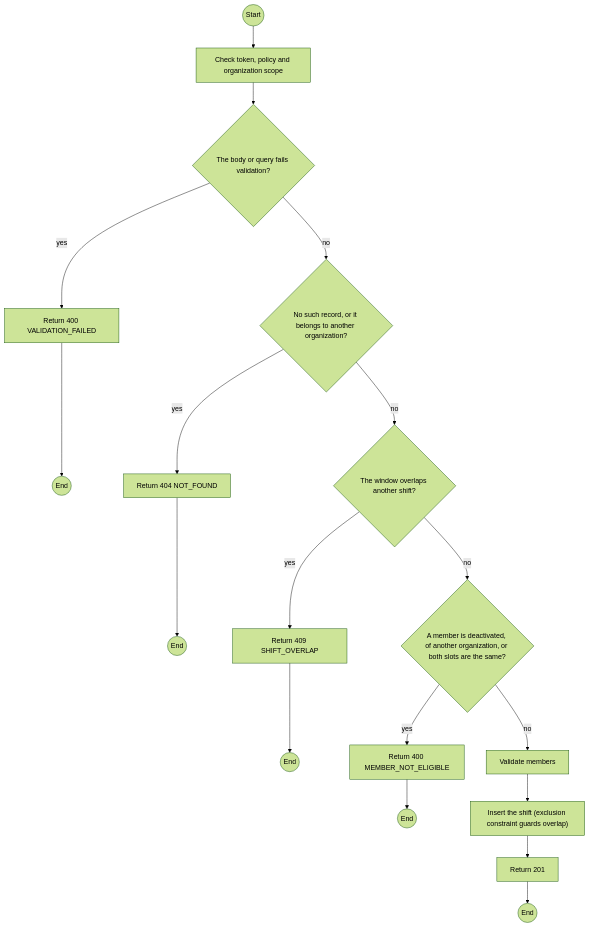
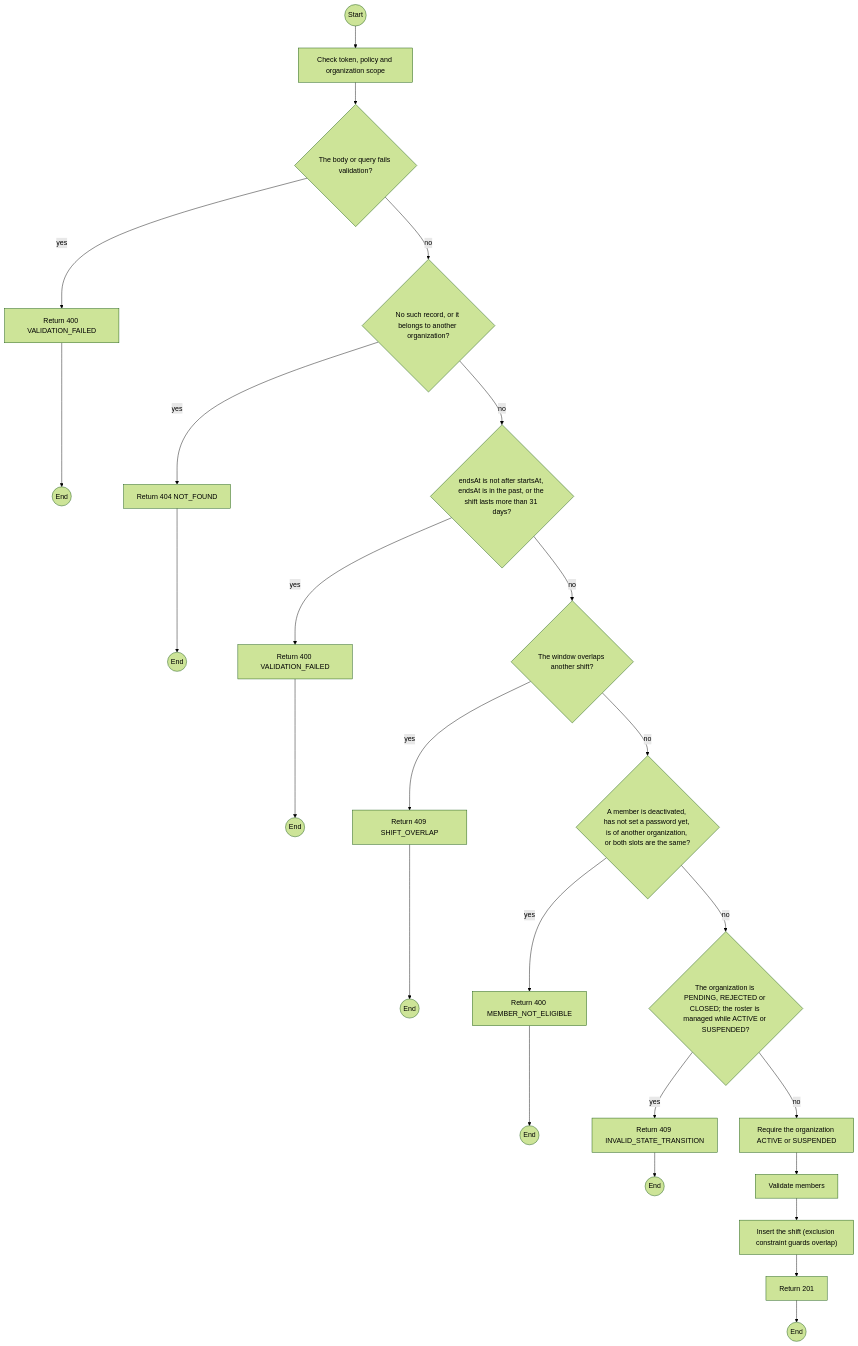
The first of 2 diagrams in specs/organizations/api-design/17-post-organizations-id-roster.md (TrekLink-Team/treklink-web), drawn with Mermaid (forest theme) before and after one commit. The commit also changed other lines of this file and 8 other files, not shown here.

````diff
--- a/specs/organizations/api-design/17-post-organizations-id-roster.md
+++ b/specs/organizations/api-design/17-post-organizations-id-roster.md
@@ -184,33 +218,45 @@
 ```mermaid
 flowchart TB
     S((Start))
     A0["Check token, policy and organization scope"]
     S --> A0
     D1{"The body or query fails validation?"}
     A0 --> D1
     E1["Return 400 VALIDATION_FAILED"]
     D1 -->|yes| E1
     E1 --> X1((End))
     D2{"No such record, or it belongs to another organization?"}
     D1 -->|no| D2
     E2["Return 404 NOT_FOUND"]
     D2 -->|yes| E2
     E2 --> X2((End))
-    D3{"The window overlaps another shift?"}
+    D3{"endsAt is not after startsAt, endsAt is in the past, or the shift lasts more than 31 days?"}
     D2 -->|no| D3
-    E3["Return 409 SHIFT_OVERLAP"]
+    E3["Return 400 VALIDATION_FAILED"]
     D3 -->|yes| E3
     E3 --> X3((End))
-    D4{"A member is deactivated, of another organization, or both slots are the same?"}
+    D4{"The window overlaps another shift?"}
     D3 -->|no| D4
-    E4["Return 400 MEMBER_NOT_ELIGIBLE"]
+    E4["Return 409 SHIFT_OVERLAP"]
     D4 -->|yes| E4
     E4 --> X4((End))
-    P0["Validate members"]
-    D4 -->|no| P0
-    P1["Insert the shift (exclusion constraint guards overlap)"]
+    D5{"A member is deactivated, has not set a password yet, is of another organization, or both slots are the same?"}
+    D4 -->|no| D5
+    E5["Return 400 MEMBER_NOT_ELIGIBLE"]
+    D5 -->|yes| E5
+    E5 --> X5((End))
+    D6{"The organization is PENDING, REJECTED or CLOSED; the roster is managed while ACTIVE or SUSPENDED?"}
+    D5 -->|no| D6
+    E6["Return 409 INVALID_STATE_TRANSITION"]
+    D6 -->|yes| E6
+    E6 --> X6((End))
+    P0["Require the organization ACTIVE or SUSPENDED"]
+    D6 -->|no| P0
+    P1["Validate members"]
     P0 --> P1
+    P2["Insert the shift (exclusion constraint guards overlap)"]
+    P1 --> P2
     OK["Return 201"]
-    P1 --> OK
+    P2 --> OK
     OK --> Z((End))
 ```
````
